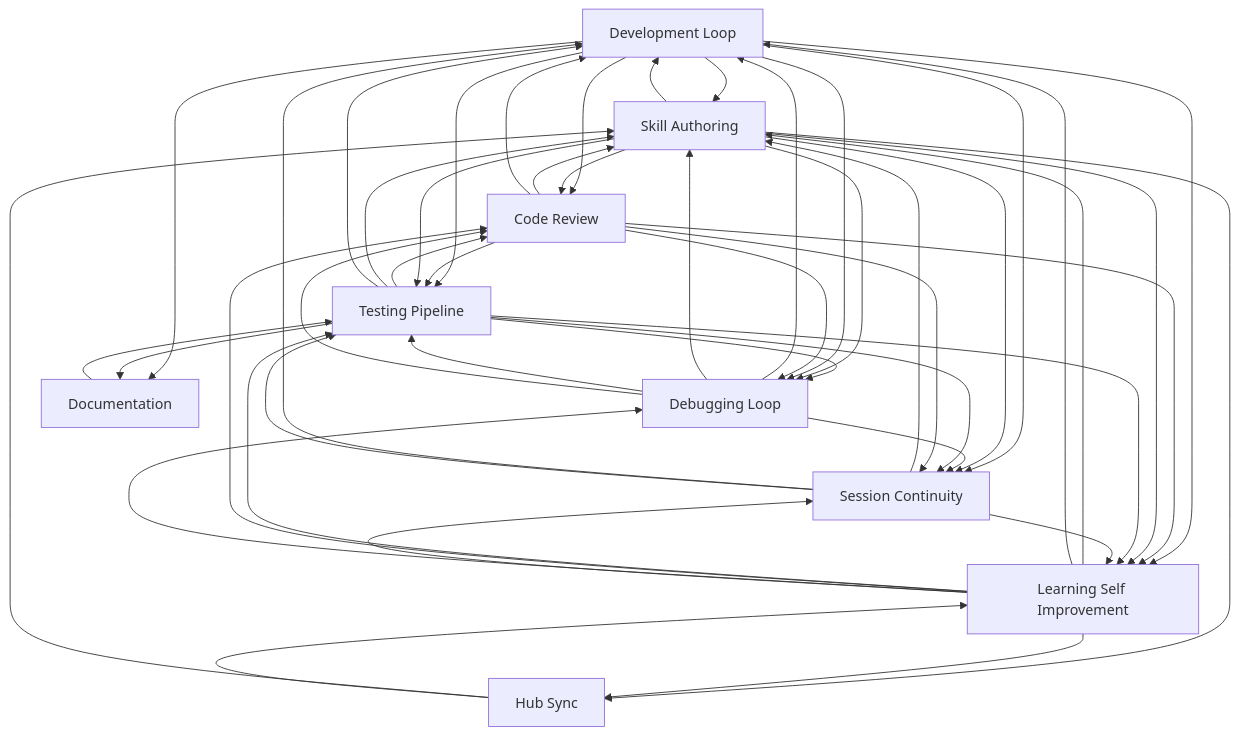
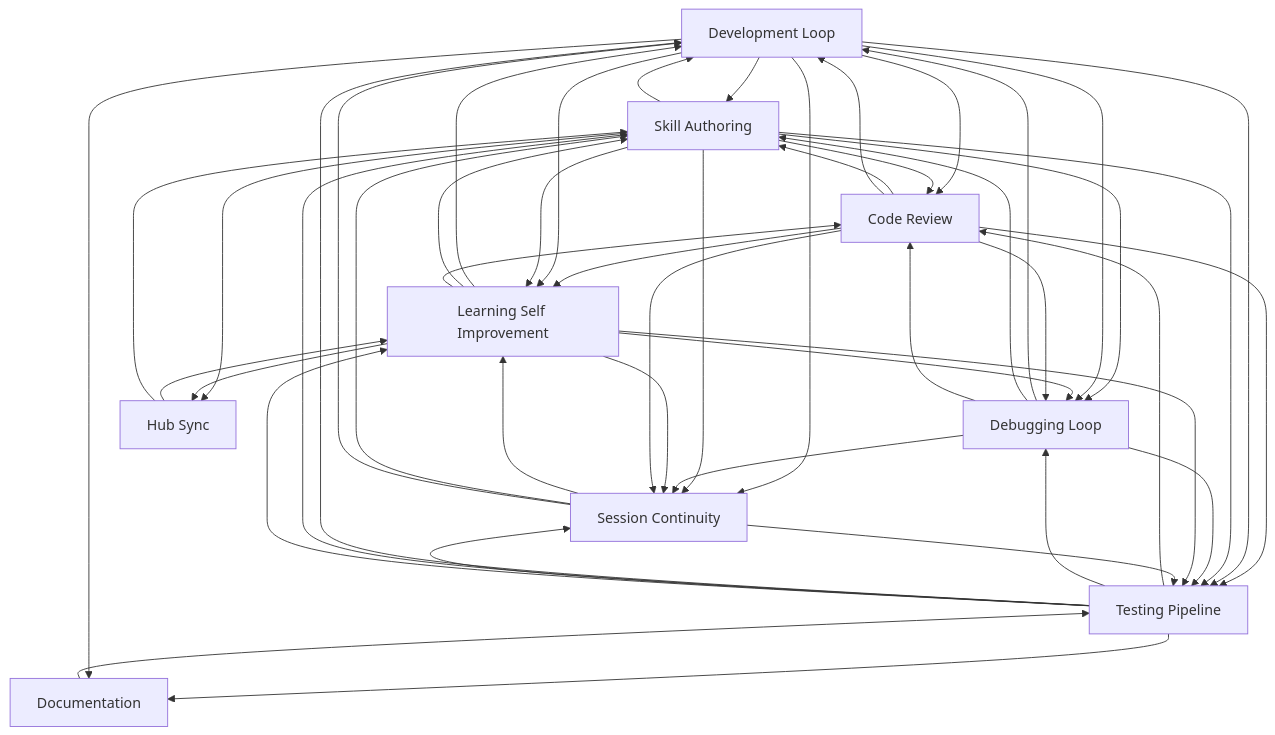
One commit to abhayla/claude-best-practices changed the diagram in docs/workflows/INDEX.md. Above: the diagram before and after it, drawn with Mermaid. The commit also changed other lines of this file and 12 other files, not shown here.

````diff
--- a/docs/workflows/INDEX.md
+++ b/docs/workflows/INDEX.md
@@ -21,58 +21,58 @@
 ```mermaid
 graph TD
     development_loop[Development Loop]
     testing_pipeline[Testing Pipeline]
     debugging_loop[Debugging Loop]
     learning_self_improvement[Learning Self Improvement]
     session_continuity[Session Continuity]
     skill_authoring[Skill Authoring]
     code_review[Code Review]
     documentation[Documentation]
     hub_sync[Hub Sync]
     documentation --> testing_pipeline
+    code_review --> skill_authoring
+    code_review --> development_loop
     development_loop --> skill_authoring
     development_loop --> code_review
-    code_review --> skill_authoring
-    code_review --> development_loop
+    code_review --> learning_self_improvement
+    code_review --> testing_pipeline
+    development_loop --> learning_self_improvement
     development_loop --> testing_pipeline
-    development_loop --> learning_self_improvement
-    code_review --> testing_pipeline
-    code_review --> learning_self_improvement
     testing_pipeline --> code_review
     testing_pipeline --> debugging_loop
+    testing_pipeline --> development_loop
     testing_pipeline --> skill_authoring
-    testing_pipeline --> development_loop
+    skill_authoring --> code_review
     skill_authoring --> development_loop
-    skill_authoring --> code_review
+    skill_authoring --> learning_self_improvement
     skill_authoring --> testing_pipeline
-    skill_authoring --> learning_self_improvement
     development_loop --> session_continuity
     skill_authoring --> session_continuity
+    debugging_loop --> session_continuity
     debugging_loop --> development_loop
-    debugging_loop --> session_continuity
     testing_pipeline --> session_continuity
     skill_authoring --> debugging_loop
+    debugging_loop --> skill_authoring
+    debugging_loop --> code_review
+    debugging_loop --> testing_pipeline
     development_loop --> debugging_loop
-    debugging_loop --> skill_authoring
-    debugging_loop --> testing_pipeline
-    debugging_loop --> code_review
+    learning_self_improvement --> debugging_loop
+    learning_self_improvement --> development_loop
     learning_self_improvement --> skill_authoring
-    learning_self_improvement --> development_loop
+    learning_self_improvement --> code_review
     learning_self_improvement --> testing_pipeline
-    learning_self_improvement --> code_review
-    learning_self_improvement --> debugging_loop
     code_review --> debugging_loop
+    learning_self_improvement --> session_continuity
+    code_review --> session_continuity
     testing_pipeline --> learning_self_improvement
-    code_review --> session_continuity
-    learning_self_improvement --> session_continuity
+    session_continuity --> learning_self_improvement
     session_continuity --> skill_authoring
-    session_continuity --> learning_self_improvement
+    testing_pipeline --> documentation
     development_loop --> documentation
-    testing_pipeline --> documentation
     session_continuity --> development_loop
     session_continuity --> testing_pipeline
     skill_authoring --> hub_sync
     learning_self_improvement --> hub_sync
+    hub_sync --> learning_self_improvement
     hub_sync --> skill_authoring
-    hub_sync --> learning_self_improvement
 ```
````
